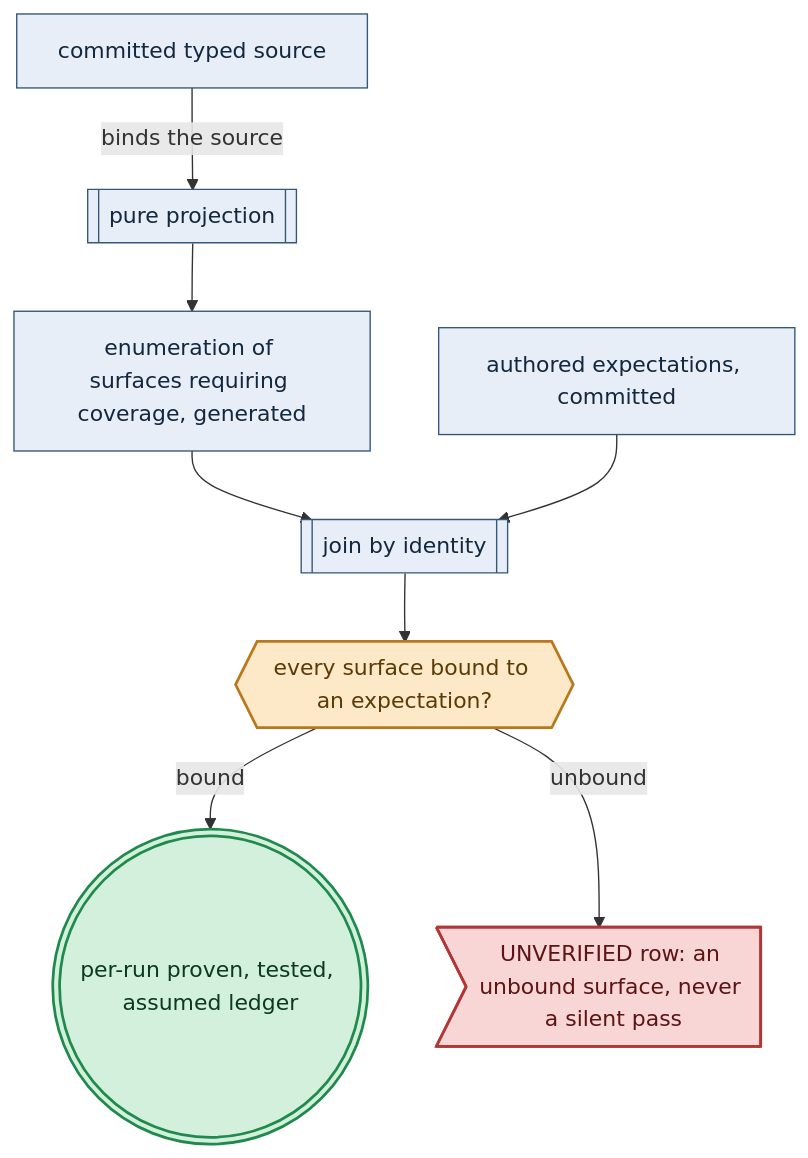
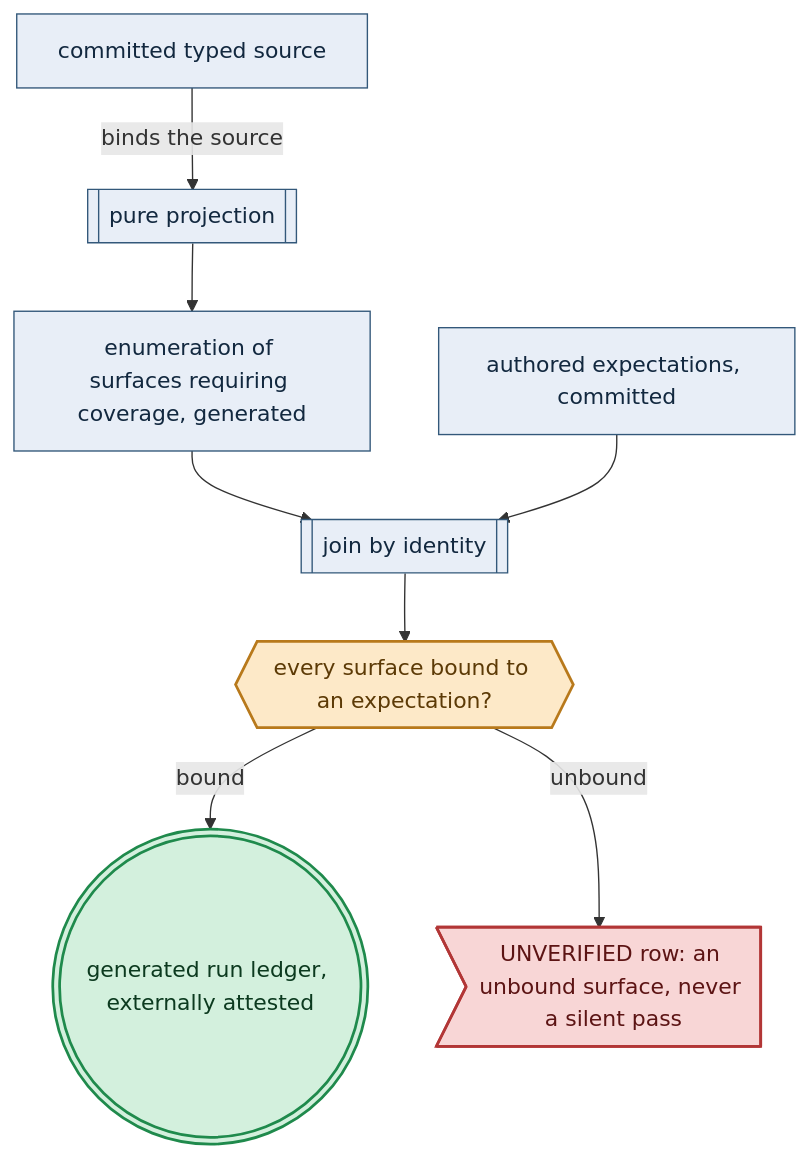
Before and after one commit to Tuee22/amoebius: the diagram in documents/engineering/test_derivation_analysis.md, drawn with Mermaid. The commit also changed other lines of this file and 1894 other files, not shown here.

````diff
--- a/documents/engineering/test_derivation_analysis.md
+++ b/documents/engineering/test_derivation_analysis.md
@@ -102,23 +102,23 @@
 ```mermaid
 flowchart TD
   %% register: algebra
   src["committed typed source"]:::intent
   proj[["pure projection"]]:::intent
   enum["enumeration of surfaces requiring coverage, generated"]:::intent
   exp["authored expectations, committed"]:::intent
   join[["join by identity"]]:::intent
   cov{{"every surface bound to an expectation?"}}:::gate
-  led((("per-run proven, tested, assumed ledger"))):::seal
+  led((("generated run ledger, externally attested"))):::seal
   un>"UNVERIFIED row: an unbound surface, never a silent pass"]:::refuse
   src -->|"binds the source"| proj
   proj --> enum
   enum --> join
   exp --> join
   join --> cov
   cov -->|"bound"| led
   cov -->|"unbound"| un
   classDef intent   fill:#e8eef7,stroke:#33587a,color:#12283f,stroke-width:1px
   classDef gate     fill:#fde9c8,stroke:#b8791b,color:#5c3a06,stroke-width:2px
   classDef seal     fill:#d3f0dd,stroke:#1f8a4c,color:#0c3a1f,stroke-width:2px
   classDef refuse   fill:#f8d6d6,stroke:#b23636,color:#5c1414,stroke-width:2px
 ```
````
